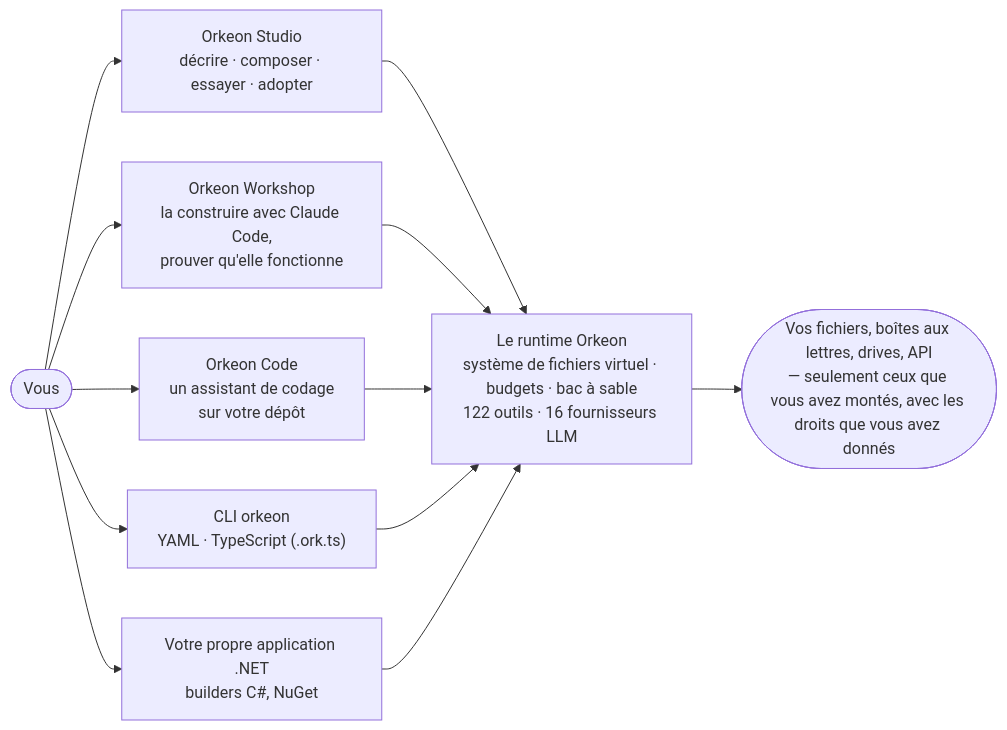
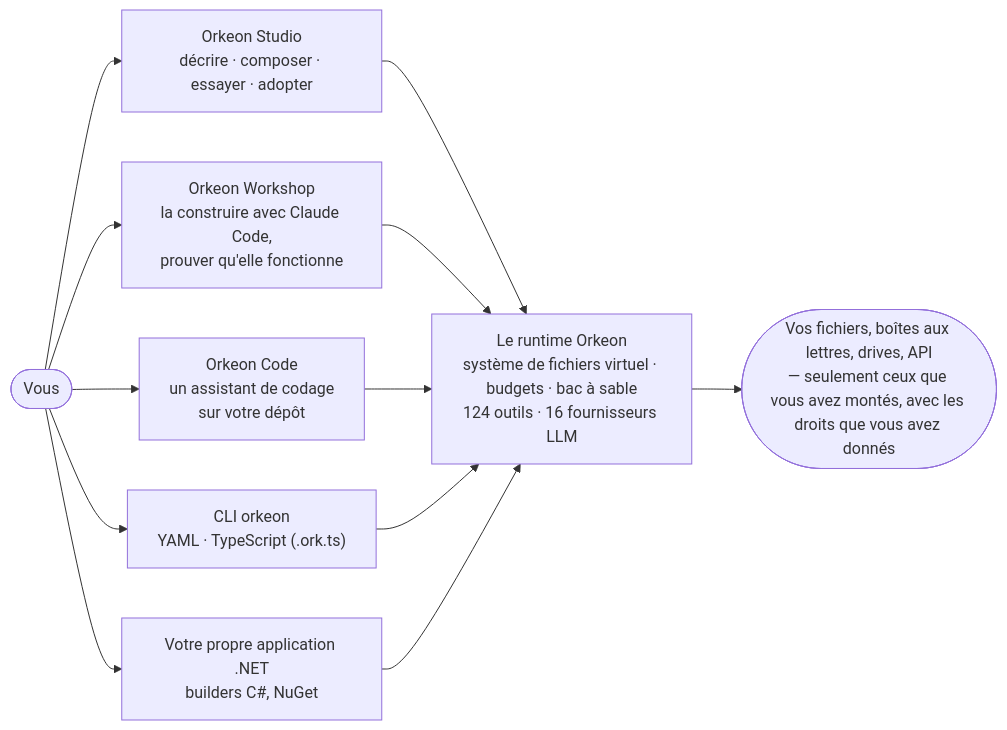
The diagram in README.fr.md (Orkeon/orkeon), drawn with Mermaid before and after one commit. The commit also changed other lines of this file and 832 other files, not shown here.

````diff
--- a/README.fr.md
+++ b/README.fr.md
@@ -30,10 +30,10 @@
 ```mermaid
 flowchart LR
     you(["Vous"]) --> studio["Orkeon Studio<br/>décrire · composer · essayer · adopter"]
     you --> workshop["Orkeon Workshop<br/>la construire avec Claude Code,<br/>prouver qu'elle fonctionne"]
     you --> code["Orkeon Code<br/>un assistant de codage<br/>sur votre dépôt"]
     you --> cli["CLI orkeon<br/>YAML · TypeScript (.ork.ts)"]
     you --> app["Votre propre application .NET<br/>builders C#, NuGet"]
-    studio & workshop & code & cli & app --> runtime["Le runtime Orkeon<br/>système de fichiers virtuel · budgets · bac à sable<br/>122 outils · 16 fournisseurs LLM"]
+    studio & workshop & code & cli & app --> runtime["Le runtime Orkeon<br/>système de fichiers virtuel · budgets · bac à sable<br/>124 outils · 16 fournisseurs LLM"]
     runtime --> world(["Vos fichiers, boîtes aux lettres, drives, API<br/>— seulement ceux que vous avez montés, avec les droits que vous avez donnés"])
 ```
````
